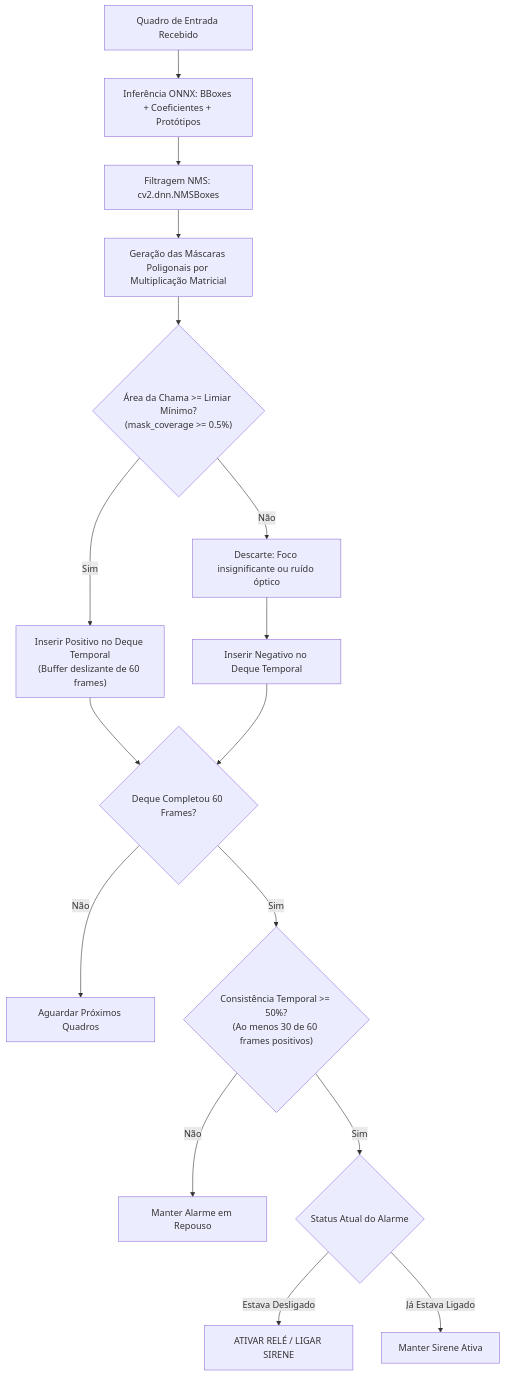
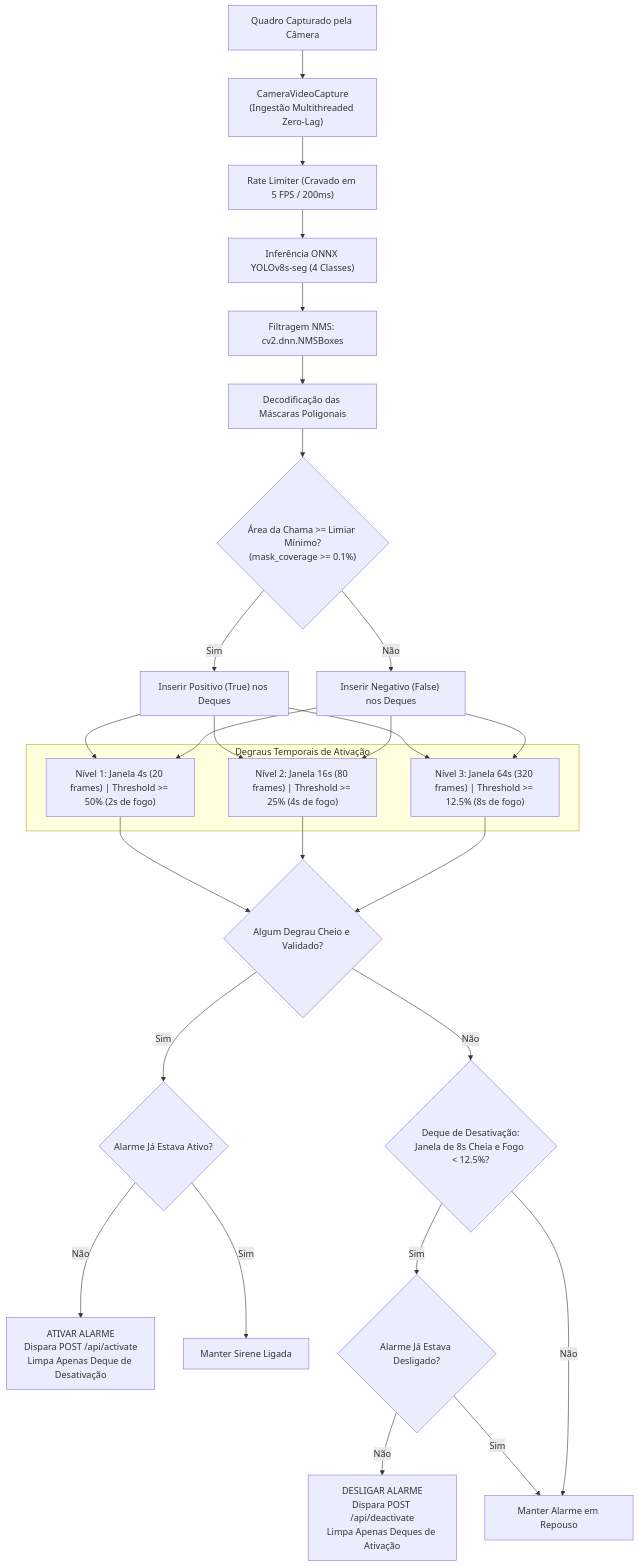
The second of 2 diagrams in README.md (jafmatos/cv_fire_alarm), drawn with Mermaid before and after one commit. The commit also changed other lines of this file and 20 other files, not shown here.

````diff
--- a/README.md
+++ b/README.md
@@ -109,22 +153,31 @@
 ```mermaid
 flowchart TD
-    FRAME[Quadro de Entrada Recebido] --> INFER[Inferência ONNX: BBoxes + Coeficientes + Protótipos]
-    INFER --> NMS[Filtragem NMS: cv2.dnn.NMSBoxes]
-    NMS --> MASK[Geração das Máscaras Poligonais por Multiplicação Matricial]
-    
-    MASK --> COV_CHECK{"Área da Chama >= Limiar Mínimo?<br>(mask_coverage >= 0.5%)"}
-    COV_CHECK -- Não --> REJECT_FRAME["Descarte: Foco insignificante ou ruído óptico"]
-    
-    COV_CHECK -- Sim --> DEQUE["Inserir Positivo no Deque Temporal<br>(Buffer deslizante de 60 frames)"]
-    REJECT_FRAME --> DEQUE_NEG["Inserir Negativo no Deque Temporal"]
-    
-    DEQUE & DEQUE_NEG --> FULL_CHECK{"Deque Completou 60 Frames?"}
-    FULL_CHECK -- Não --> NEXT[Aguardar Próximos Quadros]
-    
-    FULL_CHECK -- Sim --> CONSISTENCY{"Consistência Temporal >= 50%?<br>(Ao menos 30 de 60 frames positivos)"}
-    CONSISTENCY -- Não --> NO_ALARM[Manter Alarme em Repouso]
-    CONSISTENCY -- Sim --> ALARM_STATE{"Status Atual do Alarme"}
-    
-    ALARM_STATE -- Estava Desligado --> TRIGGER_ON["ATIVAR RELÉ / LIGAR SIRENE"]
-    ALARM_STATE -- Já Estava Ligado --> MAINTAIN[Manter Sirene Ativa]
+    FRAME[Quadro Capturado pela Câmera] --> ZERO_LAG["CameraVideoCapture<br>(Ingestão Multithreaded Zero-Lag)"]
+    ZERO_LAG --> RATE["Rate Limiter (Cravado em 5 FPS / 200ms)"]
+    RATE --> INFER["Inferência ONNX YOLOv8s-seg (4 Classes)"]
+    INFER --> NMS["Filtragem NMS: cv2.dnn.NMSBoxes"]
+    NMS --> MASK["Decodificação das Máscaras Poligonais"]
+  
+    MASK --> COV_CHECK{"Área da Chama >= Limiar Mínimo?<br>(mask_coverage >= 0.1%)"}
+    COV_CHECK -- Não --> APPEND_NEG["Inserir Negativo (False) nos Deques"]
+    COV_CHECK -- Sim --> APPEND_POS["Inserir Positivo (True) nos Deques"]
+  
+    subgraph DEGRAUS ["Degraus Temporais de Ativação"]
+        L1["Nível 1: Janela 4s (20 frames) | Threshold >= 50% (2s de fogo)"]
+        L2["Nível 2: Janela 16s (80 frames) | Threshold >= 25% (4s de fogo)"]
+        L3["Nível 3: Janela 64s (320 frames) | Threshold >= 12.5% (8s de fogo)"]
+    end
+  
+    APPEND_POS & APPEND_NEG --> L1 & L2 & L3
+  
+    L1 & L2 & L3 --> TRIGGER_CHECK{"Algum Degrau Cheio e Validado?"}
+    TRIGGER_CHECK -- Sim --> STATE_ACTIVE{"Alarme Já Estava Ativo?"}
+    STATE_ACTIVE -- Não --> TURN_ON["ATIVAR ALARME<br>Dispara POST /api/activate<br>Limpa Apenas Deque de Desativação"]
+    STATE_ACTIVE -- Sim --> MAINTAIN["Manter Sirene Ligada"]
+  
+    TRIGGER_CHECK -- Não --> DEACT_CHECK{"Deque de Desativação:<br>Janela de 8s Cheia e Fogo < 12.5%?"}
+    DEACT_CHECK -- Sim --> STATE_OFF{"Alarme Já Estava Desligado?"}
+    STATE_OFF -- Não --> TURN_OFF["DESLIGAR ALARME<br>Dispara POST /api/deactivate<br>Limpa Apenas Deques de Ativação"]
+    STATE_OFF -- Sim --> NO_ALARM["Manter Alarme em Repouso"]
+    DEACT_CHECK -- Não --> NO_ALARM
 ```
````
